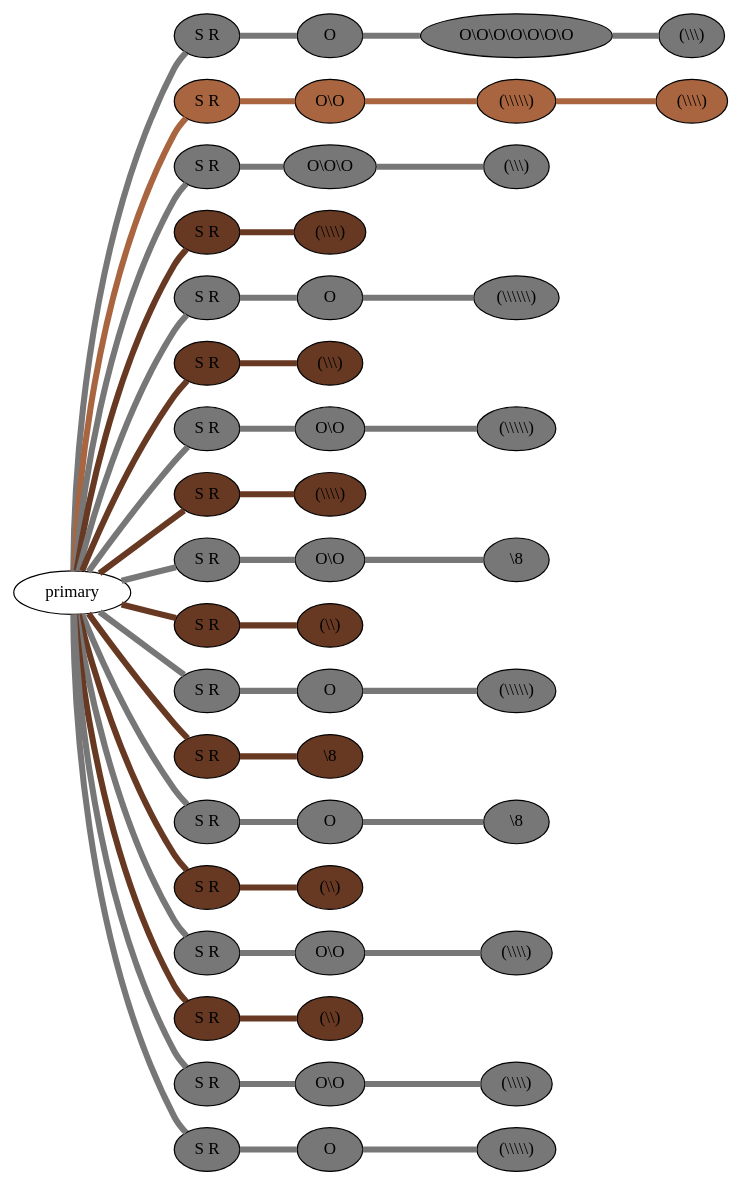
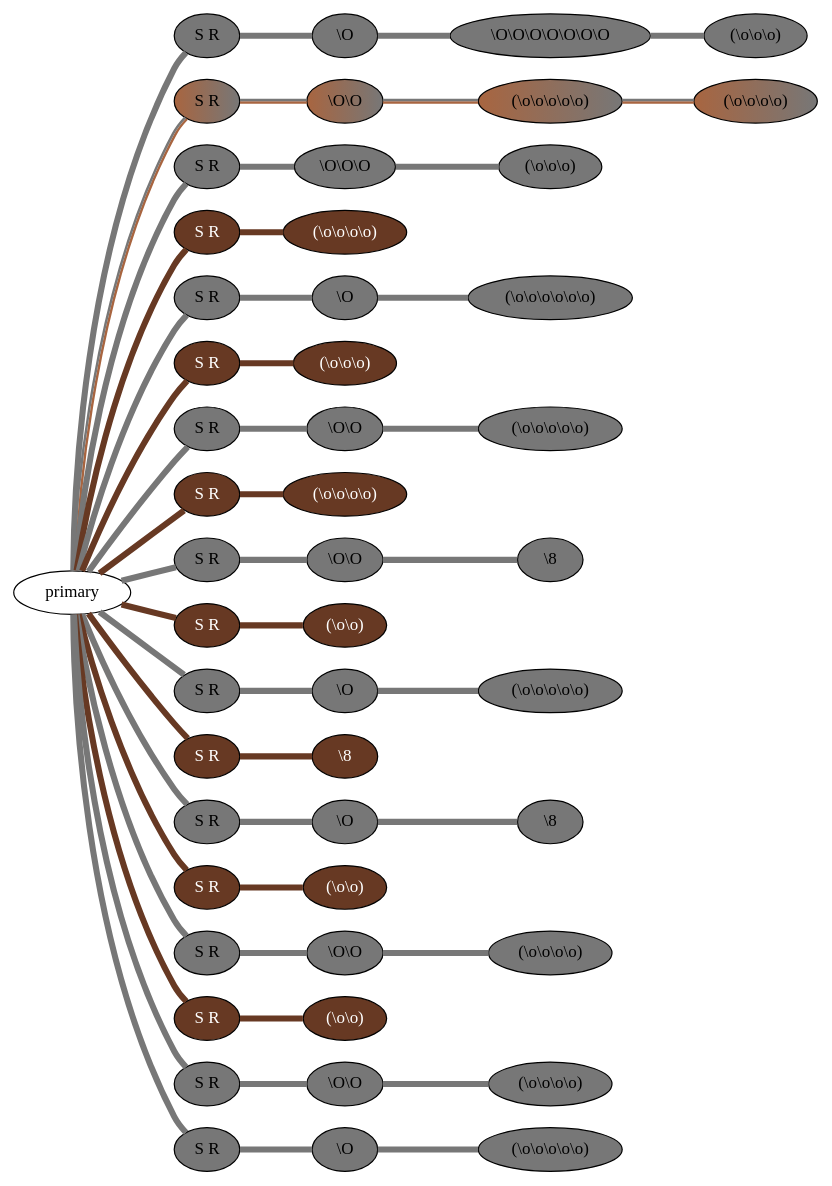
One commit to nebogeo/coding-with-knots changed the diagram in data/more/dot/HP022.xls.dot. Above: the diagram before and after it, drawn with Graphviz. The commit also changed 40 other files, not shown here.

```diff
--- a/data/more/dot/HP022.xls.dot
+++ b/data/more/dot/HP022.xls.dot
@@ -1,101 +1,101 @@
 graph {
  graph [rankdir=LR]
-"1" [qtype="pendant_node", pendant_colors="#777777", pendant_ply="S", pendant_attach="R", pendant_length="32", label="S R", style=filled, fillcolor="#777777"]
+"1" [qtype="pendant_node", pendant_colors="#777777", pendant_ply="S", pendant_attach="R", pendant_length="32.0", label="S R", style=filled, fillcolor="#777777", fontcolor="#000000"]
 "primary" -- "1" [qtype="pendant_link",penwidth=5,color="#777777"]
-"1:0" [qtype="knot_node", knot_value="1", knot_type="S", knot_position="3.5", knot_spin="Z", label="O", style=filled, fillcolor="#777777"]
+"1:0" [qtype="knot_node", knot_value="1", knot_type="S", knot_position="3.5", knot_spin="Z", label="\\O", style=filled, fillcolor="#777777" , fontcolor="#000000"]
 "1" -- "1:0" [qtype="knot_link",penwidth=5,color="#777777"]
-"1:1" [qtype="knot_node", knot_value="7", knot_type="S", knot_position="10.0", knot_spin="Z", label="O\\O\\O\\O\\O\\O\\O", style=filled, fillcolor="#777777"]
+"1:1" [qtype="knot_node", knot_value="7", knot_type="S", knot_position="10.0", knot_spin="Z", label="\\O\\O\\O\\O\\O\\O\\O", style=filled, fillcolor="#777777" , fontcolor="#000000"]
 "1:0" -- "1:1" [qtype="knot_link",penwidth=5,color="#777777"]
-"1:2" [qtype="knot_node", knot_value="3", knot_type="L", knot_position="22.5", knot_spin="Z", label="(\\\\\\)", style=filled, fillcolor="#777777"]
+"1:2" [qtype="knot_node", knot_value="3", knot_type="L", knot_position="22.5", knot_spin="Z", label="(\\o\\o\\o)", style=filled, fillcolor="#777777" , fontcolor="#000000"]
 "1:1" -- "1:2" [qtype="knot_link",penwidth=5,color="#777777"]
-"2" [qtype="pendant_node", pendant_colors="#A86540,#777777", pendant_ply="S", pendant_attach="R", pendant_length="25", label="S R", style=filled, fillcolor="#A86540"]
-"primary" -- "2" [qtype="pendant_link",penwidth=5,color="#A86540"]
-"2:0" [qtype="knot_node", knot_value="2", knot_type="S", knot_position="6.0", knot_spin="Z", label="O\\O", style=filled, fillcolor="#A86540"]
-"2" -- "2:0" [qtype="knot_link",penwidth=5,color="#A86540"]
-"2:1" [qtype="knot_node", knot_value="5", knot_type="L", knot_position="18.0", knot_spin="Z", label="(\\\\\\\\\\)", style=filled, fillcolor="#A86540"]
-"2:0" -- "2:1" [qtype="knot_link",penwidth=5,color="#A86540"]
-"2:2" [qtype="knot_node", knot_value="4", knot_type="L", knot_position="23.0", knot_spin="Z", label="(\\\\\\\\)", style=filled, fillcolor="#A86540"]
-"2:1" -- "2:2" [qtype="knot_link",penwidth=5,color="#A86540"]
-"3" [qtype="pendant_node", pendant_colors="#777777", pendant_ply="S", pendant_attach="R", pendant_length="31", label="S R", style=filled, fillcolor="#777777"]
+"2" [qtype="pendant_node", pendant_colors="#A86540:#777777", pendant_ply="S", pendant_attach="R", pendant_length="25.0", label="S R", style=filled, fillcolor="#A86540:#777777", fontcolor="#000000"]
+"primary" -- "2" [qtype="pendant_link",penwidth=2,color="#A86540:#777777"]
+"2:0" [qtype="knot_node", knot_value="2", knot_type="S", knot_position="6.0", knot_spin="Z", label="\\O\\O", style=filled, fillcolor="#A86540:#777777" , fontcolor="#000000"]
+"2" -- "2:0" [qtype="knot_link",penwidth=2,color="#A86540:#777777"]
+"2:1" [qtype="knot_node", knot_value="5", knot_type="L", knot_position="18.0", knot_spin="Z", label="(\\o\\o\\o\\o\\o)", style=filled, fillcolor="#A86540:#777777" , fontcolor="#000000"]
+"2:0" -- "2:1" [qtype="knot_link",penwidth=2,color="#A86540:#777777"]
+"2:2" [qtype="knot_node", knot_value="4", knot_type="L", knot_position="23.0", knot_spin="Z", label="(\\o\\o\\o\\o)", style=filled, fillcolor="#A86540:#777777" , fontcolor="#000000"]
+"2:1" -- "2:2" [qtype="knot_link",penwidth=2,color="#A86540:#777777"]
+"3" [qtype="pendant_node", pendant_colors="#777777", pendant_ply="S", pendant_attach="R", pendant_length="31.0", label="S R", style=filled, fillcolor="#777777", fontcolor="#000000"]
 "primary" -- "3" [qtype="pendant_link",penwidth=5,color="#777777"]
-"3:0" [qtype="knot_node", knot_value="3", knot_type="S", knot_position="3.5", knot_spin="Z", label="O\\O\\O", style=filled, fillcolor="#777777"]
+"3:0" [qtype="knot_node", knot_value="3", knot_type="S", knot_position="3.5", knot_spin="Z", label="\\O\\O\\O", style=filled, fillcolor="#777777" , fontcolor="#000000"]
 "3" -- "3:0" [qtype="knot_link",penwidth=5,color="#777777"]
-"3:1" [qtype="knot_node", knot_value="3", knot_type="L", knot_position="13.0", knot_spin="Z", label="(\\\\\\)", style=filled, fillcolor="#777777"]
+"3:1" [qtype="knot_node", knot_value="3", knot_type="L", knot_position="13.0", knot_spin="Z", label="(\\o\\o\\o)", style=filled, fillcolor="#777777" , fontcolor="#000000"]
 "3:0" -- "3:1" [qtype="knot_link",penwidth=5,color="#777777"]
-"4" [qtype="pendant_node", pendant_colors="#673923", pendant_ply="S", pendant_attach="R", pendant_length="19", label="S R", style=filled, fillcolor="#673923"]
+"4" [qtype="pendant_node", pendant_colors="#673923", pendant_ply="S", pendant_attach="R", pendant_length="19.0", label="S R", style=filled, fillcolor="#673923", fontcolor="#ffffff"]
 "primary" -- "4" [qtype="pendant_link",penwidth=5,color="#673923"]
-"4:0" [qtype="knot_node", knot_value="4", knot_type="L", knot_position="11.5", knot_spin="Z", label="(\\\\\\\\)", style=filled, fillcolor="#673923"]
+"4:0" [qtype="knot_node", knot_value="4", knot_type="L", knot_position="11.5", knot_spin="Z", label="(\\o\\o\\o\\o)", style=filled, fillcolor="#673923" , fontcolor="#ffffff"]
 "4" -- "4:0" [qtype="knot_link",penwidth=5,color="#673923"]
-"5" [qtype="pendant_node", pendant_colors="#777777", pendant_ply="S", pendant_attach="R", pendant_length="28", label="S R", style=filled, fillcolor="#777777"]
+"5" [qtype="pendant_node", pendant_colors="#777777", pendant_ply="S", pendant_attach="R", pendant_length="28.0", label="S R", style=filled, fillcolor="#777777", fontcolor="#000000"]
 "primary" -- "5" [qtype="pendant_link",penwidth=5,color="#777777"]
-"5:0" [qtype="knot_node", knot_value="1", knot_type="S", knot_position="3.5", knot_spin="Z", label="O", style=filled, fillcolor="#777777"]
+"5:0" [qtype="knot_node", knot_value="1", knot_type="S", knot_position="3.5", knot_spin="Z", label="\\O", style=filled, fillcolor="#777777" , fontcolor="#000000"]
 "5" -- "5:0" [qtype="knot_link",penwidth=5,color="#777777"]
-"5:1" [qtype="knot_node", knot_value="6", knot_type="L", knot_position="14.5", knot_spin="Z", label="(\\\\\\\\\\\\)", style=filled, fillcolor="#777777"]
+"5:1" [qtype="knot_node", knot_value="6", knot_type="L", knot_position="14.5", knot_spin="Z", label="(\\o\\o\\o\\o\\o\\o)", style=filled, fillcolor="#777777" , fontcolor="#000000"]
 "5:0" -- "5:1" [qtype="knot_link",penwidth=5,color="#777777"]
-"6" [qtype="pendant_node", pendant_colors="#673923", pendant_ply="S", pendant_attach="R", pendant_length="20", label="S R", style=filled, fillcolor="#673923"]
+"6" [qtype="pendant_node", pendant_colors="#673923", pendant_ply="S", pendant_attach="R", pendant_length="20.0", label="S R", style=filled, fillcolor="#673923", fontcolor="#ffffff"]
 "primary" -- "6" [qtype="pendant_link",penwidth=5,color="#673923"]
-"6:0" [qtype="knot_node", knot_value="3", knot_type="L", knot_position="13.5", knot_spin="Z", label="(\\\\\\)", style=filled, fillcolor="#673923"]
+"6:0" [qtype="knot_node", knot_value="3", knot_type="L", knot_position="13.5", knot_spin="Z", label="(\\o\\o\\o)", style=filled, fillcolor="#673923" , fontcolor="#ffffff"]
 "6" -- "6:0" [qtype="knot_link",penwidth=5,color="#673923"]
-"7" [qtype="pendant_node", pendant_colors="#777777", pendant_ply="S", pendant_attach="R", pendant_length="27", label="S R", style=filled, fillcolor="#777777"]
+"7" [qtype="pendant_node", pendant_colors="#777777", pendant_ply="S", pendant_attach="R", pendant_length="27.0", label="S R", style=filled, fillcolor="#777777", fontcolor="#000000"]
 "primary" -- "7" [qtype="pendant_link",penwidth=5,color="#777777"]
-"7:0" [qtype="knot_node", knot_value="2", knot_type="S", knot_position="4.0", knot_spin="Z", label="O\\O", style=filled, fillcolor="#777777"]
+"7:0" [qtype="knot_node", knot_value="2", knot_type="S", knot_position="4.0", knot_spin="Z", label="\\O\\O", style=filled, fillcolor="#777777" , fontcolor="#000000"]
 "7" -- "7:0" [qtype="knot_link",penwidth=5,color="#777777"]
-"7:1" [qtype="knot_node", knot_value="5", knot_type="L", knot_position="16.0", knot_spin="Z", label="(\\\\\\\\\\)", style=filled, fillcolor="#777777"]
+"7:1" [qtype="knot_node", knot_value="5", knot_type="L", knot_position="16.0", knot_spin="Z", label="(\\o\\o\\o\\o\\o)", style=filled, fillcolor="#777777" , fontcolor="#000000"]
 "7:0" -- "7:1" [qtype="knot_link",penwidth=5,color="#777777"]
-"8" [qtype="pendant_node", pendant_colors="#673923", pendant_ply="S", pendant_attach="R", pendant_length="19", label="S R", style=filled, fillcolor="#673923"]
+"8" [qtype="pendant_node", pendant_colors="#673923", pendant_ply="S", pendant_attach="R", pendant_length="19.0", label="S R", style=filled, fillcolor="#673923", fontcolor="#ffffff"]
 "primary" -- "8" [qtype="pendant_link",penwidth=5,color="#673923"]
-"8:0" [qtype="knot_node", knot_value="4", knot_type="L", knot_position="14.0", knot_spin="Z", label="(\\\\\\\\)", style=filled, fillcolor="#673923"]
+"8:0" [qtype="knot_node", knot_value="4", knot_type="L", knot_position="14.0", knot_spin="Z", label="(\\o\\o\\o\\o)", style=filled, fillcolor="#673923" , fontcolor="#ffffff"]
 "8" -- "8:0" [qtype="knot_link",penwidth=5,color="#673923"]
-"9" [qtype="pendant_node", pendant_colors="#777777", pendant_ply="S", pendant_attach="R", pendant_length="29", label="S R", style=filled, fillcolor="#777777"]
+"9" [qtype="pendant_node", pendant_colors="#777777", pendant_ply="S", pendant_attach="R", pendant_length="29.0", label="S R", style=filled, fillcolor="#777777", fontcolor="#000000"]
 "primary" -- "9" [qtype="pendant_link",penwidth=5,color="#777777"]
-"9:0" [qtype="knot_node", knot_value="2", knot_type="S", knot_position="3.5", knot_spin="Z", label="O\\O", style=filled, fillcolor="#777777"]
+"9:0" [qtype="knot_node", knot_value="2", knot_type="S", knot_position="3.5", knot_spin="Z", label="\\O\\O", style=filled, fillcolor="#777777" , fontcolor="#000000"]
 "9" -- "9:0" [qtype="knot_link",penwidth=5,color="#777777"]
-"9:1" [qtype="knot_node", knot_value="1", knot_type="E", knot_position="14.0", knot_spin="Z", label="\\8", style=filled, fillcolor="#777777"]
+"9:1" [qtype="knot_node", knot_value="1", knot_type="E", knot_position="14.0", knot_spin="Z", label="\\8", style=filled, fillcolor="#777777" , fontcolor="#000000"]
 "9:0" -- "9:1" [qtype="knot_link",penwidth=5,color="#777777"]
-"10" [qtype="pendant_node", pendant_colors="#673923", pendant_ply="S", pendant_attach="R", pendant_length="21", label="S R", style=filled, fillcolor="#673923"]
+"10" [qtype="pendant_node", pendant_colors="#673923", pendant_ply="S", pendant_attach="R", pendant_length="21.0", label="S R", style=filled, fillcolor="#673923", fontcolor="#ffffff"]
 "primary" -- "10" [qtype="pendant_link",penwidth=5,color="#673923"]
-"10:0" [qtype="knot_node", knot_value="2", knot_type="L", knot_position="15.0", knot_spin="Z", label="(\\\\)", style=filled, fillcolor="#673923"]
+"10:0" [qtype="knot_node", knot_value="2", knot_type="L", knot_position="15.0", knot_spin="Z", label="(\\o\\o)", style=filled, fillcolor="#673923" , fontcolor="#ffffff"]
 "10" -- "10:0" [qtype="knot_link",penwidth=5,color="#673923"]
-"11" [qtype="pendant_node", pendant_colors="#777777", pendant_ply="S", pendant_attach="R", pendant_length="27", label="S R", style=filled, fillcolor="#777777"]
+"11" [qtype="pendant_node", pendant_colors="#777777", pendant_ply="S", pendant_attach="R", pendant_length="27.0", label="S R", style=filled, fillcolor="#777777", fontcolor="#000000"]
 "primary" -- "11" [qtype="pendant_link",penwidth=5,color="#777777"]
-"11:0" [qtype="knot_node", knot_value="1", knot_type="S", knot_position="3.0", knot_spin="Z", label="O", style=filled, fillcolor="#777777"]
+"11:0" [qtype="knot_node", knot_value="1", knot_type="S", knot_position="3.0", knot_spin="Z", label="\\O", style=filled, fillcolor="#777777" , fontcolor="#000000"]
 "11" -- "11:0" [qtype="knot_link",penwidth=5,color="#777777"]
-"11:1" [qtype="knot_node", knot_value="5", knot_type="L", knot_position="16.0", knot_spin="Z", label="(\\\\\\\\\\)", style=filled, fillcolor="#777777"]
+"11:1" [qtype="knot_node", knot_value="5", knot_type="L", knot_position="16.0", knot_spin="Z", label="(\\o\\o\\o\\o\\o)", style=filled, fillcolor="#777777" , fontcolor="#000000"]
 "11:0" -- "11:1" [qtype="knot_link",penwidth=5,color="#777777"]
-"12" [qtype="pendant_node", pendant_colors="#673923", pendant_ply="S", pendant_attach="R", pendant_length="23", label="S R", style=filled, fillcolor="#673923"]
+"12" [qtype="pendant_node", pendant_colors="#673923", pendant_ply="S", pendant_attach="R", pendant_length="23.0", label="S R", style=filled, fillcolor="#673923", fontcolor="#ffffff"]
 "primary" -- "12" [qtype="pendant_link",penwidth=5,color="#673923"]
-"12:0" [qtype="knot_node", knot_value="1", knot_type="E", knot_position="12.5", knot_spin="Z", label="\\8", style=filled, fillcolor="#673923"]
+"12:0" [qtype="knot_node", knot_value="1", knot_type="E", knot_position="12.5", knot_spin="Z", label="\\8", style=filled, fillcolor="#673923" , fontcolor="#ffffff"]
 "12" -- "12:0" [qtype="knot_link",penwidth=5,color="#673923"]
-"13" [qtype="pendant_node", pendant_colors="#777777", pendant_ply="S", pendant_attach="R", pendant_length="32", label="S R", style=filled, fillcolor="#777777"]
+"13" [qtype="pendant_node", pendant_colors="#777777", pendant_ply="S", pendant_attach="R", pendant_length="32.5", label="S R", style=filled, fillcolor="#777777", fontcolor="#000000"]
 "primary" -- "13" [qtype="pendant_link",penwidth=5,color="#777777"]
-"13:0" [qtype="knot_node", knot_value="1", knot_type="S", knot_position="3.5", knot_spin="Z", label="O", style=filled, fillcolor="#777777"]
+"13:0" [qtype="knot_node", knot_value="1", knot_type="S", knot_position="3.5", knot_spin="Z", label="\\O", style=filled, fillcolor="#777777" , fontcolor="#000000"]
 "13" -- "13:0" [qtype="knot_link",penwidth=5,color="#777777"]
-"13:1" [qtype="knot_node", knot_value="1", knot_type="E", knot_position="13.0", knot_spin="Z", label="\\8", style=filled, fillcolor="#777777"]
+"13:1" [qtype="knot_node", knot_value="1", knot_type="E", knot_position="13.0", knot_spin="Z", label="\\8", style=filled, fillcolor="#777777" , fontcolor="#000000"]
 "13:0" -- "13:1" [qtype="knot_link",penwidth=5,color="#777777"]
-"14" [qtype="pendant_node", pendant_colors="#673923", pendant_ply="S", pendant_attach="R", pendant_length="26", label="S R", style=filled, fillcolor="#673923"]
+"14" [qtype="pendant_node", pendant_colors="#673923", pendant_ply="S", pendant_attach="R", pendant_length="26.0", label="S R", style=filled, fillcolor="#673923", fontcolor="#ffffff"]
 "primary" -- "14" [qtype="pendant_link",penwidth=5,color="#673923"]
-"14:0" [qtype="knot_node", knot_value="2", knot_type="L", knot_position="13.0", knot_spin="Z", label="(\\\\)", style=filled, fillcolor="#673923"]
+"14:0" [qtype="knot_node", knot_value="2", knot_type="L", knot_position="13.0", knot_spin="Z", label="(\\o\\o)", style=filled, fillcolor="#673923" , fontcolor="#ffffff"]
 "14" -- "14:0" [qtype="knot_link",penwidth=5,color="#673923"]
-"15" [qtype="pendant_node", pendant_colors="#777777", pendant_ply="S", pendant_attach="R", pendant_length="26", label="S R", style=filled, fillcolor="#777777"]
+"15" [qtype="pendant_node", pendant_colors="#777777", pendant_ply="S", pendant_attach="R", pendant_length="26.0", label="S R", style=filled, fillcolor="#777777", fontcolor="#000000"]
 "primary" -- "15" [qtype="pendant_link",penwidth=5,color="#777777"]
-"15:0" [qtype="knot_node", knot_value="2", knot_type="S", knot_position="3.5", knot_spin="Z", label="O\\O", style=filled, fillcolor="#777777"]
+"15:0" [qtype="knot_node", knot_value="2", knot_type="S", knot_position="3.5", knot_spin="Z", label="\\O\\O", style=filled, fillcolor="#777777" , fontcolor="#000000"]
 "15" -- "15:0" [qtype="knot_link",penwidth=5,color="#777777"]
-"15:1" [qtype="knot_node", knot_value="4", knot_type="L", knot_position="12.0", knot_spin="Z", label="(\\\\\\\\)", style=filled, fillcolor="#777777"]
+"15:1" [qtype="knot_node", knot_value="4", knot_type="L", knot_position="12.0", knot_spin="Z", label="(\\o\\o\\o\\o)", style=filled, fillcolor="#777777" , fontcolor="#000000"]
 "15:0" -- "15:1" [qtype="knot_link",penwidth=5,color="#777777"]
-"16" [qtype="pendant_node", pendant_colors="#673923", pendant_ply="S", pendant_attach="R", pendant_length="30", label="S R", style=filled, fillcolor="#673923"]
+"16" [qtype="pendant_node", pendant_colors="#673923", pendant_ply="S", pendant_attach="R", pendant_length="30.0", label="S R", style=filled, fillcolor="#673923", fontcolor="#ffffff"]
 "primary" -- "16" [qtype="pendant_link",penwidth=5,color="#673923"]
-"16:0" [qtype="knot_node", knot_value="2", knot_type="L", knot_position="13.5", knot_spin="Z", label="(\\\\)", style=filled, fillcolor="#673923"]
+"16:0" [qtype="knot_node", knot_value="2", knot_type="L", knot_position="13.5", knot_spin="Z", label="(\\o\\o)", style=filled, fillcolor="#673923" , fontcolor="#ffffff"]
 "16" -- "16:0" [qtype="knot_link",penwidth=5,color="#673923"]
-"17" [qtype="pendant_node", pendant_colors="#777777", pendant_ply="S", pendant_attach="R", pendant_length="25", label="S R", style=filled, fillcolor="#777777"]
+"17" [qtype="pendant_node", pendant_colors="#777777", pendant_ply="S", pendant_attach="R", pendant_length="25.0", label="S R", style=filled, fillcolor="#777777", fontcolor="#000000"]
 "primary" -- "17" [qtype="pendant_link",penwidth=5,color="#777777"]
-"17:0" [qtype="knot_node", knot_value="2", knot_type="S", knot_position="2.5", knot_spin="Z", label="O\\O", style=filled, fillcolor="#777777"]
+"17:0" [qtype="knot_node", knot_value="2", knot_type="S", knot_position="2.5", knot_spin="Z", label="\\O\\O", style=filled, fillcolor="#777777" , fontcolor="#000000"]
 "17" -- "17:0" [qtype="knot_link",penwidth=5,color="#777777"]
-"17:1" [qtype="knot_node", knot_value="4", knot_type="L", knot_position="10.5", knot_spin="Z", label="(\\\\\\\\)", style=filled, fillcolor="#777777"]
+"17:1" [qtype="knot_node", knot_value="4", knot_type="L", knot_position="10.5", knot_spin="Z", label="(\\o\\o\\o\\o)", style=filled, fillcolor="#777777" , fontcolor="#000000"]
 "17:0" -- "17:1" [qtype="knot_link",penwidth=5,color="#777777"]
-"18" [qtype="pendant_node", pendant_colors="#777777", pendant_ply="S", pendant_attach="R", pendant_length="25", label="S R", style=filled, fillcolor="#777777"]
+"18" [qtype="pendant_node", pendant_colors="#777777", pendant_ply="S", pendant_attach="R", pendant_length="25.0", label="S R", style=filled, fillcolor="#777777", fontcolor="#000000"]
 "primary" -- "18" [qtype="pendant_link",penwidth=5,color="#777777"]
-"18:0" [qtype="knot_node", knot_value="1", knot_type="S", knot_position="3.0", knot_spin="Z", label="O", style=filled, fillcolor="#777777"]
+"18:0" [qtype="knot_node", knot_value="1", knot_type="S", knot_position="3.0", knot_spin="Z", label="\\O", style=filled, fillcolor="#777777" , fontcolor="#000000"]
 "18" -- "18:0" [qtype="knot_link",penwidth=5,color="#777777"]
-"18:1" [qtype="knot_node", knot_value="5", knot_type="L", knot_position="10.5", knot_spin="Z", label="(\\\\\\\\\\)", style=filled, fillcolor="#777777"]
+"18:1" [qtype="knot_node", knot_value="5", knot_type="L", knot_position="10.5", knot_spin="Z", label="(\\o\\o\\o\\o\\o)", style=filled, fillcolor="#777777" , fontcolor="#000000"]
 "18:0" -- "18:1" [qtype="knot_link",penwidth=5,color="#777777"]
 }
```
